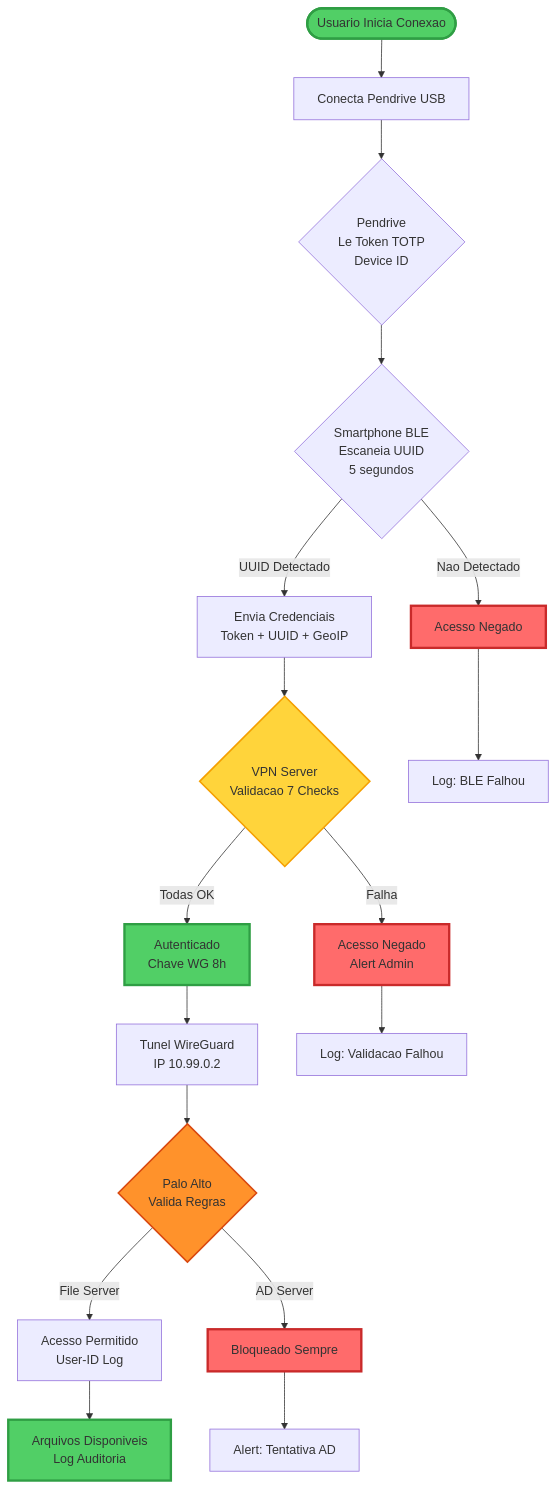
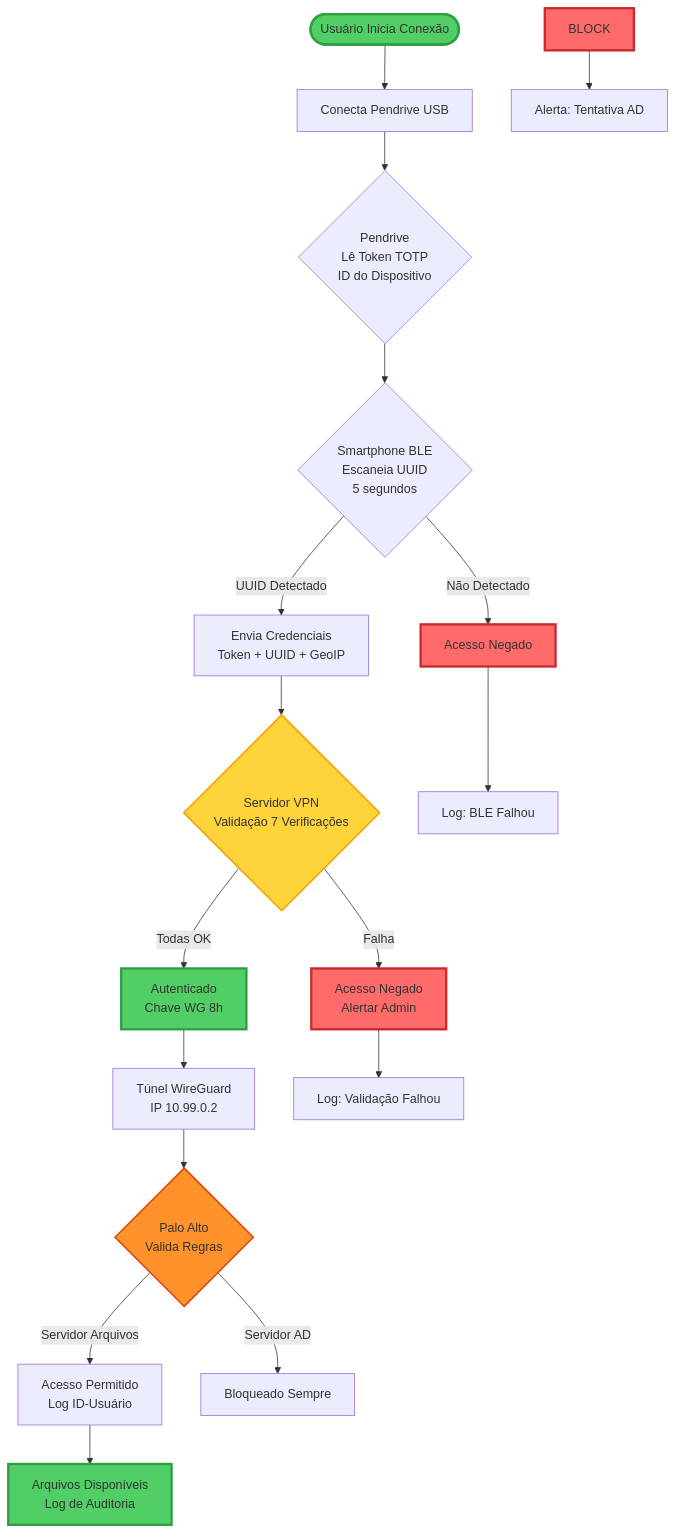
The sixth of 6 diagrams in 1.md (cavalcante-willian/teste), drawn with Mermaid before and after one commit. The commit also changed other lines of this file, not shown here.

````diff
--- a/1.md
+++ b/1.md
@@ -2299,36 +2299,36 @@
 ```mermaid
 flowchart TD
-    START([Usuario Inicia Conexao]) --> USB[Conecta Pendrive USB]
+    START([Usuário Inicia Conexão]) --> USB[Conecta Pendrive USB]
     
-    USB --> TOKEN{Pendrive<br/>Le Token TOTP<br/>Device ID}
+    USB --> TOKEN{Pendrive<br/>Lê Token TOTP<br/>ID do Dispositivo}
     TOKEN --> BLE{Smartphone BLE<br/>Escaneia UUID<br/>5 segundos}
     
     BLE -->|UUID Detectado| CRED[Envia Credenciais<br/>Token + UUID + GeoIP]
-    BLE -->|Nao Detectado| DENY1[Acesso Negado]
+    BLE -->|Não Detectado| DENY1[Acesso Negado]
     
-    CRED --> VALID{VPN Server<br/>Validacao 7 Checks}
+    CRED --> VALID{Servidor VPN<br/>Validação 7 Verificações}
     
     VALID -->|Todas OK| AUTH[Autenticado<br/>Chave WG 8h]
-    VALID -->|Falha| DENY2[Acesso Negado<br/>Alert Admin]
+    VALID -->|Falha| DENY2[Acesso Negado<br/>Alertar Admin]
     
-    AUTH --> TUNNEL[Tunel WireGuard<br/>IP 10.99.0.2]
+    AUTH --> TUNNEL[Túnel WireGuard<br/>IP 10.99.0.2]
     TUNNEL --> FIREWALL{Palo Alto<br/>Valida Regras}
     
-    FIREWALL -->|File Server| ALLOW[Acesso Permitido<br/>User-ID Log]
-    FIREWALL -->|AD Server| BLOCK[Bloqueado Sempre]
+    FIREWALL -->|Servidor Arquivos| PERMITIR[Acesso Permitido<br/>Log ID-Usuário]
+    FIREWALL -->|Servidor AD| BLOQUEAR[Bloqueado Sempre]
     
-    ALLOW --> FILES[Arquivos Disponiveis<br/>Log Auditoria]
+    PERMITIR --> FILES[Arquivos Disponíveis<br/>Log de Auditoria]
     
     DENY1 --> LOG1[Log: BLE Falhou]
-    DENY2 --> LOG2[Log: Validacao Falhou]
-    BLOCK --> LOG3[Alert: Tentativa AD]
+    DENY2 --> LOG2[Log: Validação Falhou]
+    BLOCK --> LOG3[Alerta: Tentativa AD]
     
     style START fill:#51cf66,stroke:#2f9e44,stroke-width:3px
     style AUTH fill:#51cf66,stroke:#2f9e44,stroke-width:3px
     style FILES fill:#51cf66,stroke:#2f9e44,stroke-width:3px
     style DENY1 fill:#ff6b6b,stroke:#c92a2a,stroke-width:3px
     style DENY2 fill:#ff6b6b,stroke:#c92a2a,stroke-width:3px
     style BLOCK fill:#ff6b6b,stroke:#c92a2a,stroke-width:3px
     style VALID fill:#ffd43b,stroke:#f59f00,stroke-width:2px
     style FIREWALL fill:#ff922b,stroke:#d9480f,stroke-width:2px
 ```
````
